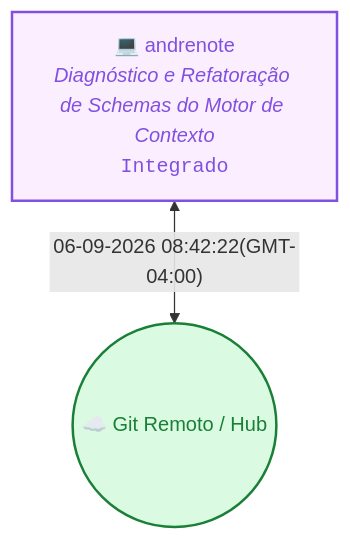
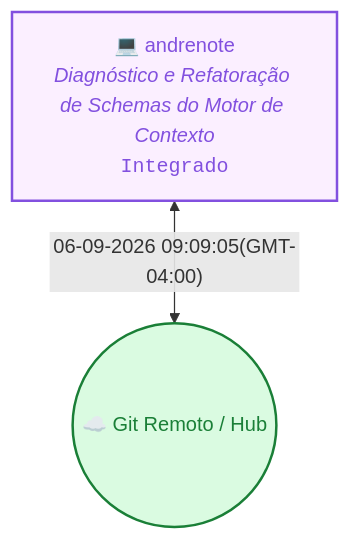
The diagram in README.md (vitalia-platform/vitalia-sdd-context), drawn with Mermaid before and after one commit. The commit also changed other lines of this file and 9 other files, not shown here.

````diff
--- a/README.md
+++ b/README.md
@@ -20,8 +20,8 @@
 ```mermaid
 flowchart TD
   Cloud(("☁️ Git Remoto / Hub"))
   M_7f367bd3["💻 andrenote<br/><i>Diagnóstico e Refatoração de Schemas do Motor de Contexto</i><br/><code>Integrado</code>"]
-  M_7f367bd3 <-->|"06-09-2026 08:42:22(GMT-04:00)"| Cloud
+  M_7f367bd3 <-->|"06-09-2026 09:09:05(GMT-04:00)"| Cloud
   style M_7f367bd3 stroke:#8250df,stroke-width:2px,fill:#fbefff,color:#8250df
   style Cloud stroke:#1a7f37,stroke-width:2px,fill:#dafbe1,color:#1a7f37
 ```
````
